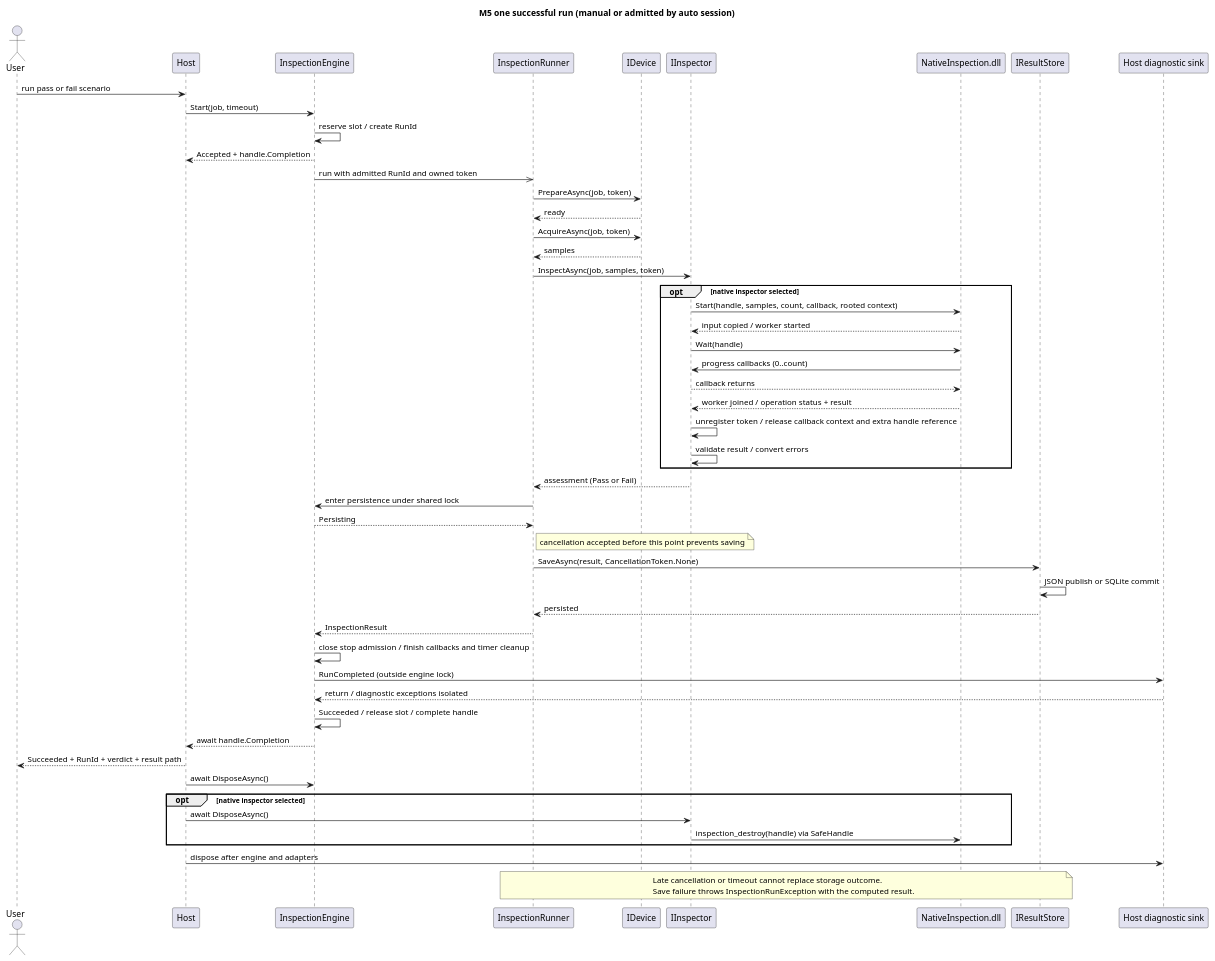
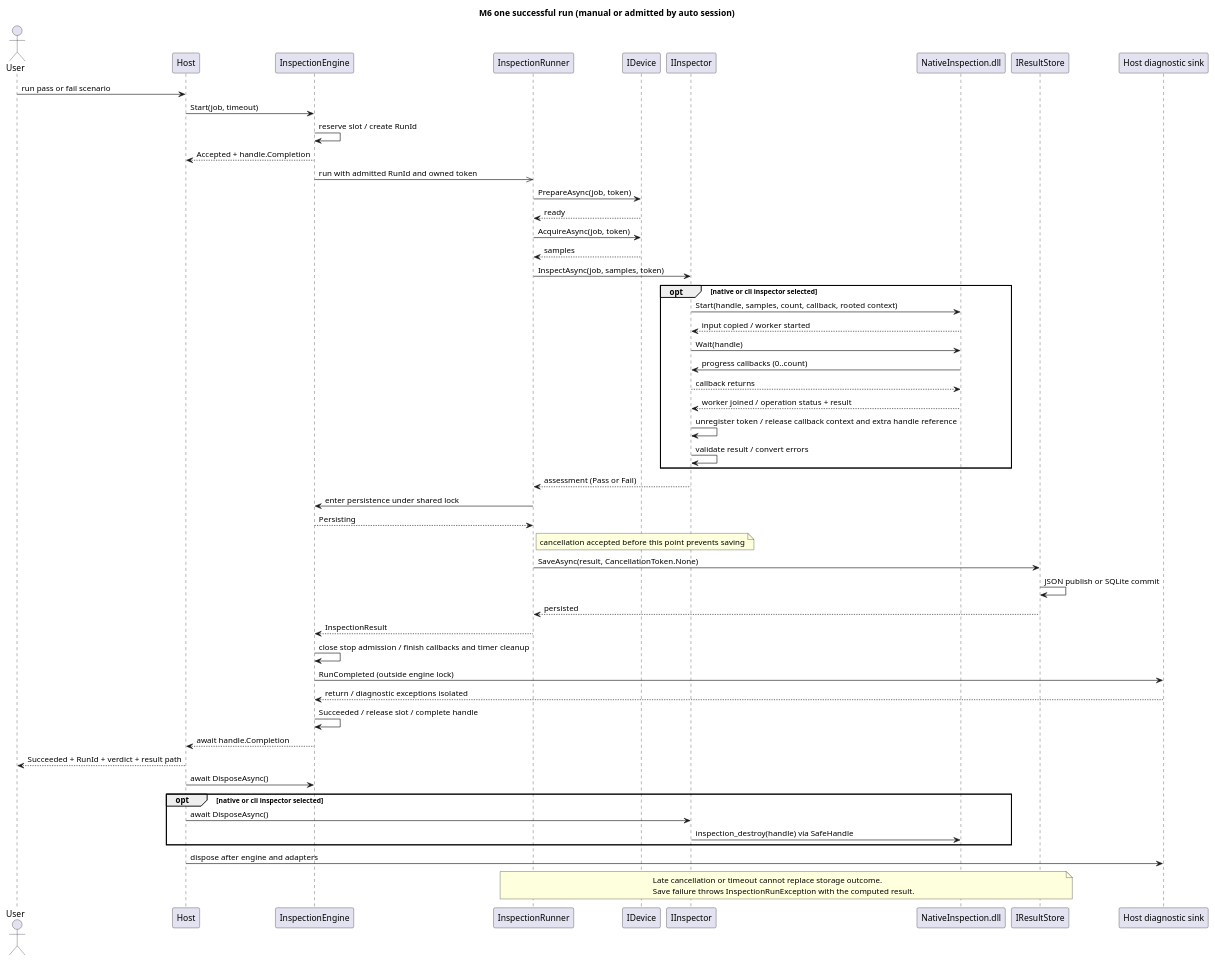
One commit to Myoungmin/CSharp-InspectionCore-Lab changed the diagram in docs/diagrams/run-sequence.puml. Above: the diagram before and after it, drawn with PlantUML. The commit also changed 53 other files, not shown here.

First line of the commit message:
feat: add C++/CLI inspector comparison

```diff
--- a/docs/diagrams/run-sequence.puml
+++ b/docs/diagrams/run-sequence.puml
@@ -1,56 +1,56 @@
 @startuml run-sequence
-title M5 one successful run (manual or admitted by auto session)
+title M6 one successful run (manual or admitted by auto session)
 actor User
 participant Host
 participant InspectionEngine as Engine
 participant InspectionRunner as Runner
 participant IDevice as Device
 participant IInspector as Inspector
 participant "NativeInspection.dll" as DLL
 participant IResultStore as Store
 participant "Host diagnostic sink" as Log
 User -> Host : run pass or fail scenario
 Host -> Engine : Start(job, timeout)
 Engine -> Engine : reserve slot / create RunId
 Engine --> Host : Accepted + handle.Completion
 Engine ->> Runner : run with admitted RunId and owned token
 Runner -> Device : PrepareAsync(job, token)
 Device --> Runner : ready
 Runner -> Device : AcquireAsync(job, token)
 Device --> Runner : samples
 Runner -> Inspector : InspectAsync(job, samples, token)
-opt native inspector selected
+opt native or cli inspector selected
 Inspector -> DLL : Start(handle, samples, count, callback, rooted context)
 DLL --> Inspector : input copied / worker started
 Inspector -> DLL : Wait(handle)
 DLL -> Inspector : progress callbacks (0..count)
 Inspector --> DLL : callback returns
 DLL --> Inspector : worker joined / operation status + result
 Inspector -> Inspector : unregister token / release callback context and extra handle reference
 Inspector -> Inspector : validate result / convert errors
 end
 Inspector --> Runner : assessment (Pass or Fail)
 Runner -> Engine : enter persistence under shared lock
 Engine --> Runner : Persisting
 note right of Runner : cancellation accepted before this point prevents saving
 Runner -> Store : SaveAsync(result, CancellationToken.None)
 Store -> Store : JSON publish or SQLite commit
 Store --> Runner : persisted
 Runner --> Engine : InspectionResult
 Engine -> Engine : close stop admission / finish callbacks and timer cleanup
 Engine -> Log : RunCompleted (outside engine lock)
 Log --> Engine : return / diagnostic exceptions isolated
 Engine -> Engine : Succeeded / release slot / complete handle
 Engine --> Host : await handle.Completion
 Host --> User : Succeeded + RunId + verdict + result path
 Host -> Engine : await DisposeAsync()
-opt native inspector selected
+opt native or cli inspector selected
 Host -> Inspector : await DisposeAsync()
 Inspector -> DLL : inspection_destroy(handle) via SafeHandle
 end
 Host -> Log : dispose after engine and adapters
 note over Runner, Store
 Late cancellation or timeout cannot replace storage outcome.
 Save failure throws InspectionRunException with the computed result.
 end note
 @enduml
```
